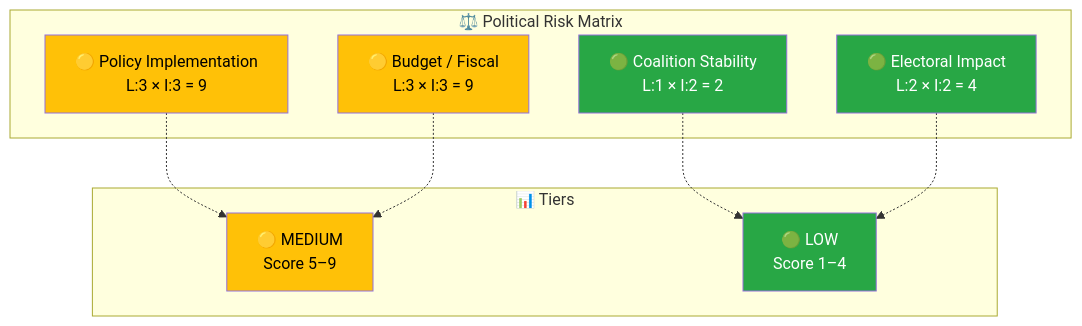
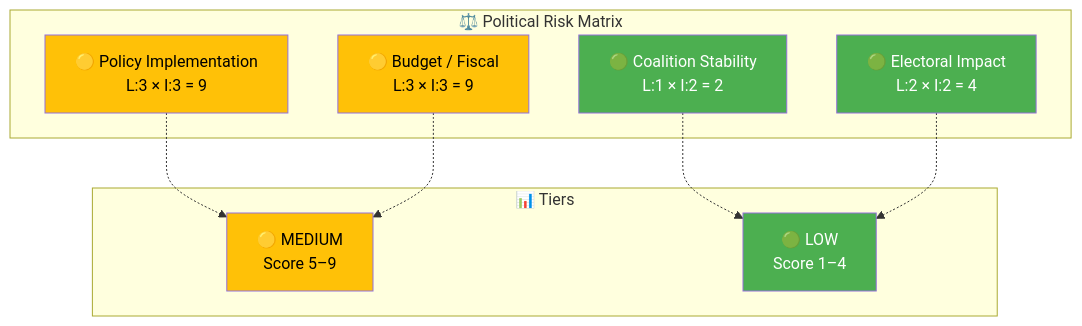
Before and after one commit to Hack23/riksdagsmonitor: the third of 3 diagrams in analysis/daily/2026-04-02/realtime-1428/documents/HD01JuU15-analysis.md, drawn with Mermaid. The commit also changed other lines of this file and 785 other files, not shown here.

First line of the commit message:
Normalize mermaid colors across 786 analysis artifacts to ISMS Style Guide palette

````diff
--- a/analysis/daily/2026-04-02/realtime-1428/documents/HD01JuU15-analysis.md
+++ b/analysis/daily/2026-04-02/realtime-1428/documents/HD01JuU15-analysis.md
@@ -97,26 +97,26 @@
 ```mermaid
 graph TD
     subgraph "⚖️ Political Risk Matrix"
         R1["🟢 Coalition Stability<br/>L:1 × I:2 = 2"]
         R2["🟡 Policy Implementation<br/>L:3 × I:3 = 9"]
         R3["🟡 Budget / Fiscal<br/>L:3 × I:3 = 9"]
         R4["🟢 Electoral Impact<br/>L:2 × I:2 = 4"]
     end
 
     subgraph "📊 Tiers"
         T3["🟡 MEDIUM<br/>Score 5–9"]
         T4["🟢 LOW<br/>Score 1–4"]
     end
 
     R2 -.-> T3
     R3 -.-> T3
     R1 -.-> T4
     R4 -.-> T4
 
-    style R1 fill:#28a745,color:#fff
-    style R2 fill:#ffc107,color:#000
-    style R3 fill:#ffc107,color:#000
-    style R4 fill:#28a745,color:#fff
-    style T3 fill:#ffc107,color:#000
-    style T4 fill:#28a745,color:#fff
+    style R1 fill:#4CAF50,color:#FFFFFF
+    style R2 fill:#FFC107,color:#000000
+    style R3 fill:#FFC107,color:#000000
+    style R4 fill:#4CAF50,color:#FFFFFF
+    style T3 fill:#FFC107,color:#000000
+    style T4 fill:#4CAF50,color:#FFFFFF
 ```
````
